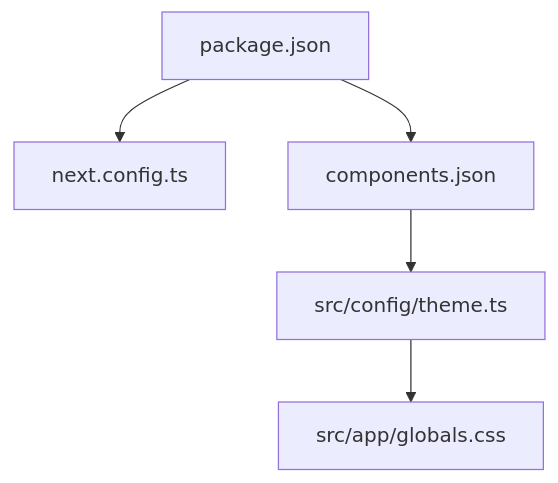
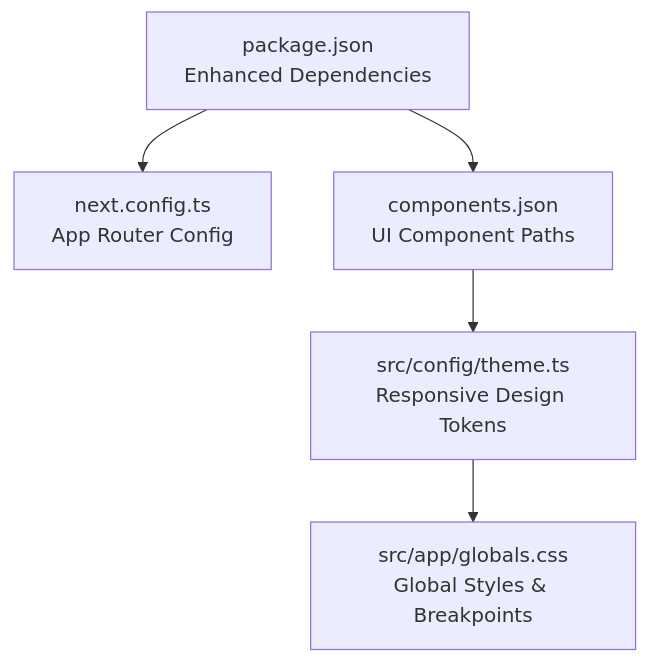
The ninth of 9 diagrams in .qoder/repowiki/en/content/Frontend Architecture/Frontend Architecture.md (HassanAmeer/cheaprouter), drawn with Mermaid before and after one commit. The commit also changed other lines of this file and 54 other files, not shown here.

````diff
--- a/.qoder/repowiki/en/content/Frontend Architecture/Frontend Architecture.md
+++ b/.qoder/repowiki/en/content/Frontend Architecture/Frontend Architecture.md
@@ -509,12 +554,12 @@
 ```mermaid
 graph TB
-Pkg["package.json"]
-NextCfg["next.config.ts"]
-ShadcnCfg["components.json"]
-ThemeCfg["src/config/theme.ts"]
-Globals["src/app/globals.css"]
+Pkg["package.json<br/>Enhanced Dependencies"]
+NextCfg["next.config.ts<br/>App Router Config"]
+ShadcnCfg["components.json<br/>UI Component Paths"]
+ThemeCfg["src/config/theme.ts<br/>Responsive Design Tokens"]
+Globals["src/app/globals.css<br/>Global Styles & Breakpoints"]
 Pkg --> NextCfg
 Pkg --> ShadcnCfg
 ShadcnCfg --> ThemeCfg
 ThemeCfg --> Globals
 ```
````
